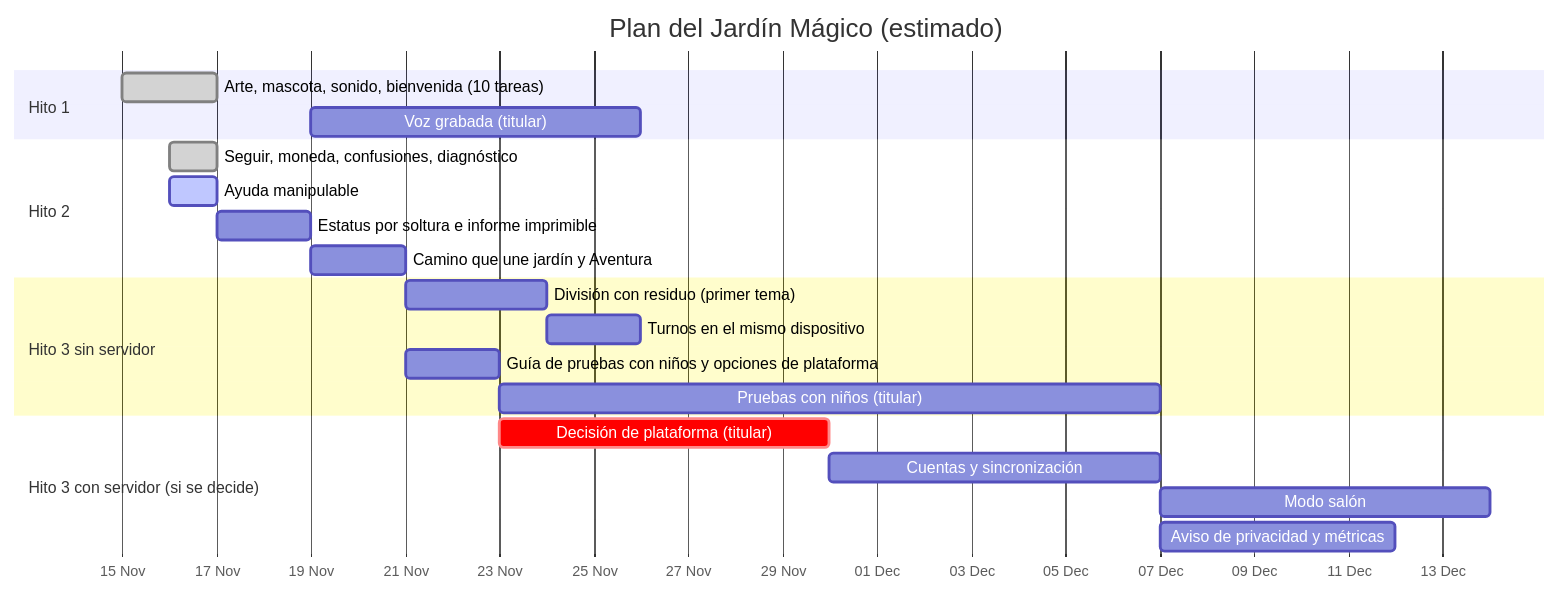
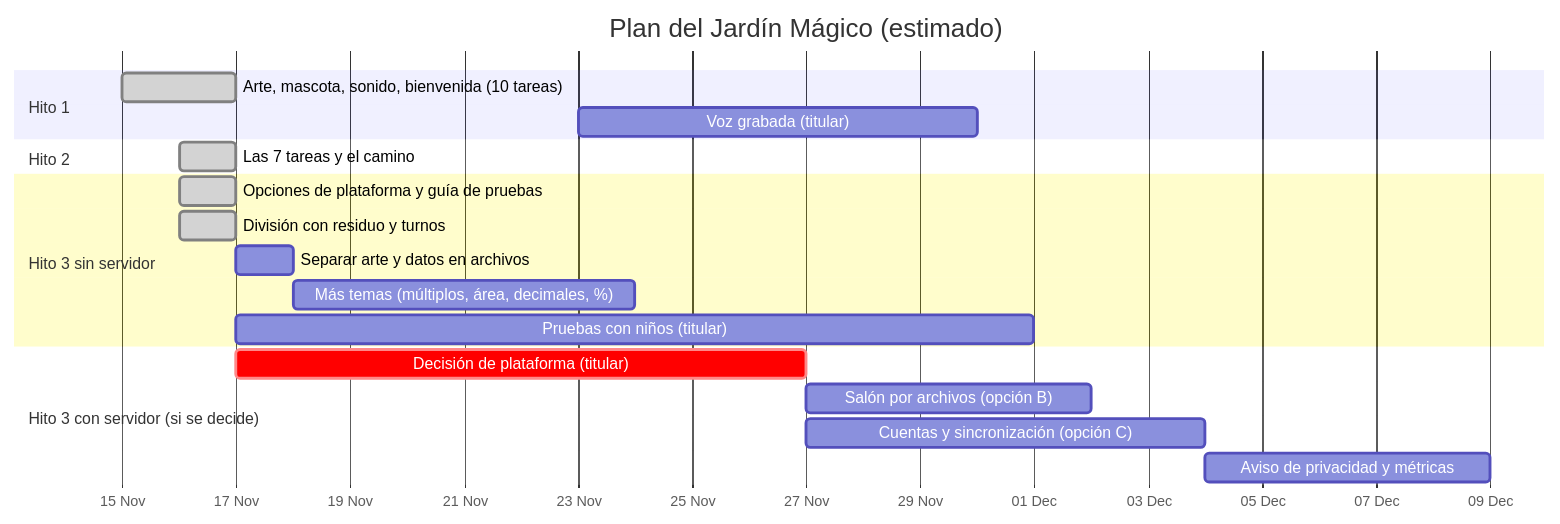
Before and after one commit to dleon55/jardin-magico-multiplicaciones: the first of 2 diagrams in docs/PLAN.md, drawn with Mermaid. The commit also changed other lines of this file, not shown here.

First line of the commit message:
Plan al día: Hito 2 cerrado y lo que no necesita servidor del Hito 3

````diff
--- a/docs/PLAN.md
+++ b/docs/PLAN.md
@@ -91,24 +100,22 @@
 ```mermaid
 gantt
     title Plan del Jardín Mágico (estimado)
     dateFormat  YYYY-MM-DD
     axisFormat  %d %b
     section Hito 1
     Arte, mascota, sonido, bienvenida (10 tareas)  :done,    h1, 2026-11-15, 2d
-    Voz grabada (titular)                          :         h1v, after h2c, 7d
+    Voz grabada (titular)                          :         h1v, 2026-11-23, 7d
     section Hito 2
-    Seguir, moneda, confusiones, diagnóstico       :done,    h2a, 2026-11-16, 1d
-    Ayuda manipulable                              :active,  h2b, 2026-11-16, 1d
-    Estatus por soltura e informe imprimible       :         h2c, after h2b, 2d
-    Camino que une jardín y Aventura               :         h2d, after h2c, 2d
+    Las 7 tareas y el camino                       :done,    h2, 2026-11-16, 1d
     section Hito 3 sin servidor
-    División con residuo (primer tema)             :         h3a, after h2d, 3d
-    Turnos en el mismo dispositivo                 :         h3b, after h3a, 2d
-    Guía de pruebas con niños y opciones de plataforma :     h3c, after h2d, 2d
-    Pruebas con niños (titular)                    :         h3n, after h3c, 14d
+    Opciones de plataforma y guía de pruebas       :done,    h3a, 2026-11-16, 1d
+    División con residuo y turnos                  :done,    h3b, 2026-11-16, 1d
+    Separar arte y datos en archivos               :         h3s, 2026-11-17, 1d
+    Más temas (múltiplos, área, decimales, %)      :         h3t, after h3s, 6d
+    Pruebas con niños (titular)                    :         h3n, 2026-11-17, 14d
     section Hito 3 con servidor (si se decide)
-    Decisión de plataforma (titular)               :crit,    h3d, after h3c, 7d
-    Cuentas y sincronización                       :         h3e, after h3d, 7d
-    Modo salón                                     :         h3f, after h3e, 7d
+    Decisión de plataforma (titular)               :crit,    h3d, 2026-11-17, 10d
+    Salón por archivos (opción B)                  :         h3b2, after h3d, 5d
+    Cuentas y sincronización (opción C)            :         h3e, after h3d, 7d
     Aviso de privacidad y métricas                 :         h3g, after h3e, 5d
 ```
````
